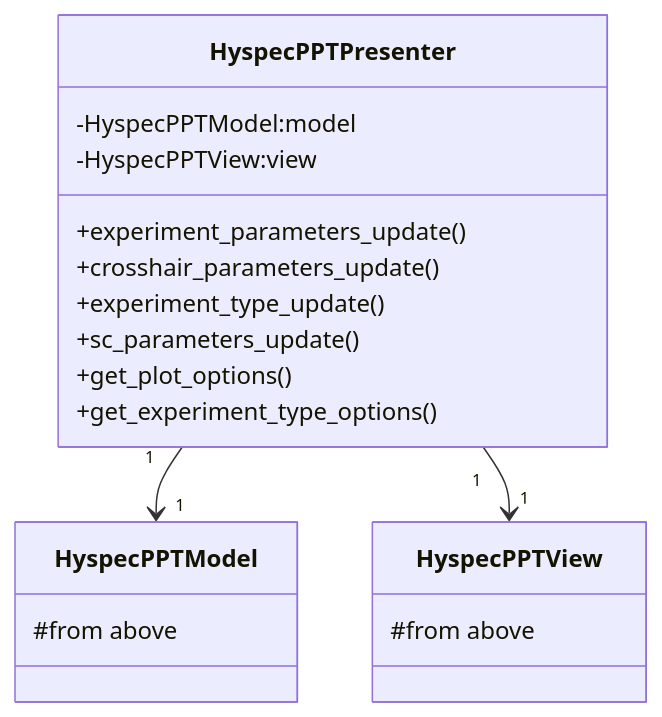
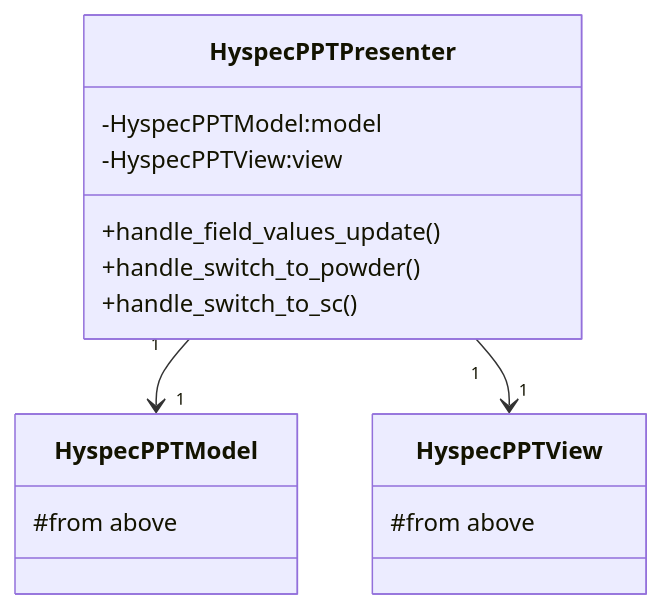
One commit to neutrons/hyspecppt changed the third of 14 diagrams in docs/source/design/hyspecpptclasses.rst. Above: the diagram before and after it, drawn with Mermaid. The commit also changed other lines of this file and 2 other files, not shown here.

```diff
--- a/docs/source/design/hyspecpptclasses.rst
+++ b/docs/source/design/hyspecpptclasses.rst
@@ -196,24 +168,21 @@
 .. mermaid::
 
  classDiagram
     HyspecPPTPresenter "1" -->"1" HyspecPPTModel
     HyspecPPTPresenter "1" -->"1" HyspecPPTView
 
     class HyspecPPTPresenter{
         -HyspecPPTModel:model
         -HyspecPPTView:view
-        +experiment_parameters_update()
-        +crosshair_parameters_update()
-        +experiment_type_update()
-        +sc_parameters_update()
-        +get_plot_options()
-        +get_experiment_type_options()
+        +handle_field_values_update()
+        +handle_switch_to_powder()
+        +handle_switch_to_sc()
     }
 
     class HyspecPPTModel{
         #from above
     }
 
     class HyspecPPTView{
         #from above
     }
```
